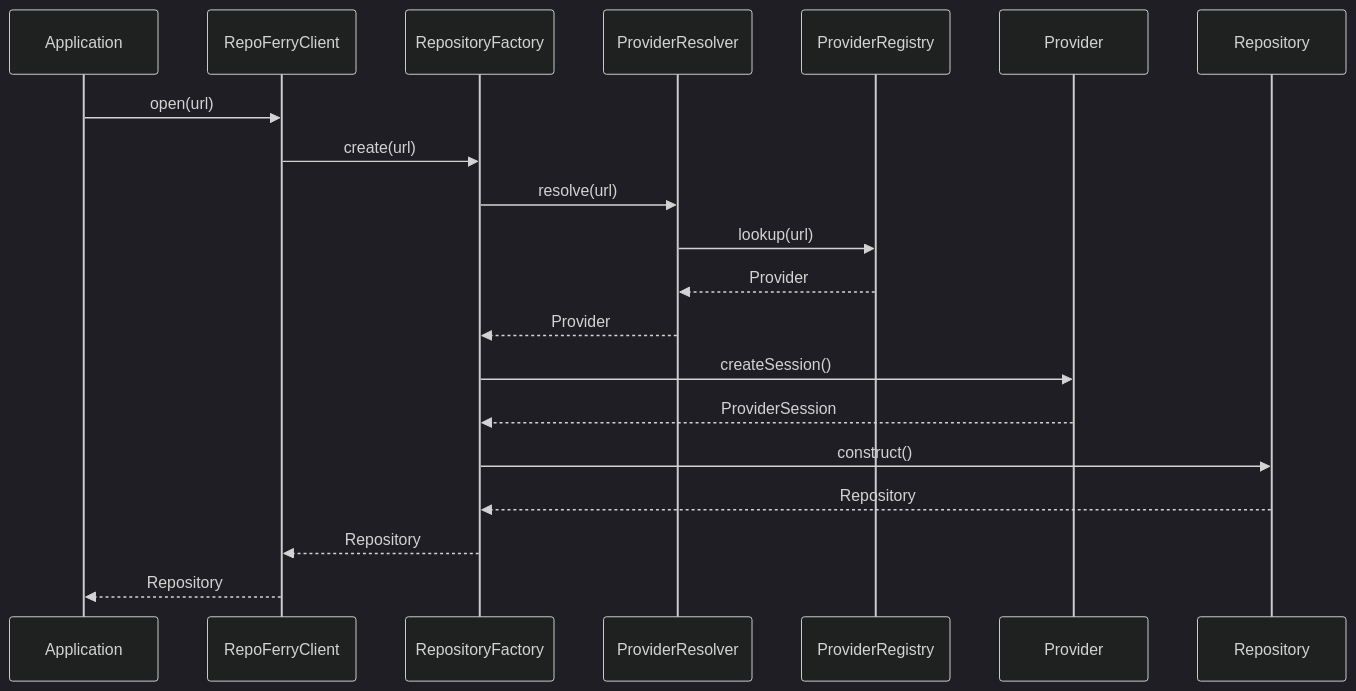
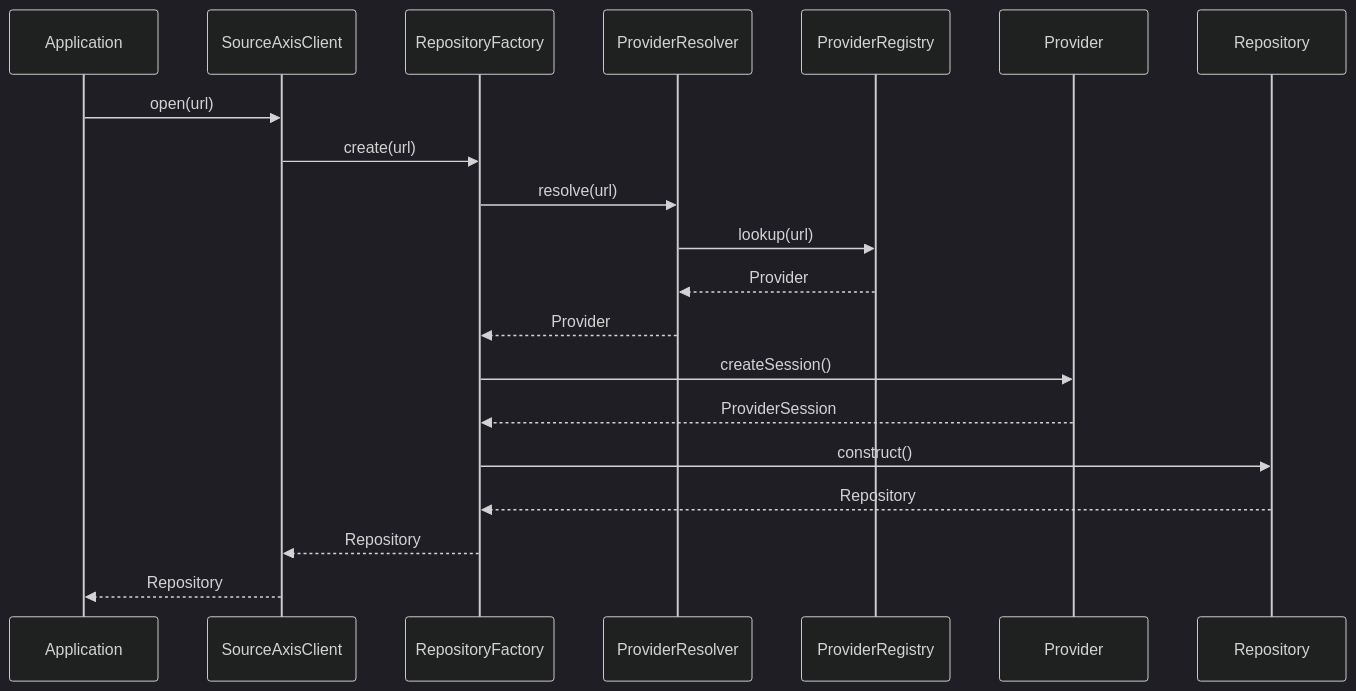
One commit to mriduldey/git-bridge changed the seventh of 10 diagrams in docs/architecture/adr/ADR-004.md. Above: the diagram before and after it, drawn with Mermaid (dark theme). The commit also changed other lines of this file and 118 other files, not shown here.

First line of the commit message:
Release v0.1.0: SourceAxis developer preview (#3)

````diff
--- a/docs/architecture/adr/ADR-004.md
+++ b/docs/architecture/adr/ADR-004.md
@@ -802,27 +802,27 @@
 ```mermaid
 sequenceDiagram
 
-Application->>RepoFerryClient: open(url)
+Application->>SourceAxisClient: open(url)
 
-RepoFerryClient->>RepositoryFactory: create(url)
+SourceAxisClient->>RepositoryFactory: create(url)
 
 RepositoryFactory->>ProviderResolver: resolve(url)
 
 ProviderResolver->>ProviderRegistry: lookup(url)
 
 ProviderRegistry-->>ProviderResolver: Provider
 
 ProviderResolver-->>RepositoryFactory: Provider
 
 RepositoryFactory->>Provider: createSession()
 
 Provider-->>RepositoryFactory: ProviderSession
 
 RepositoryFactory->>Repository: construct()
 
 Repository-->>RepositoryFactory: Repository
 
-RepositoryFactory-->>RepoFerryClient: Repository
+RepositoryFactory-->>SourceAxisClient: Repository
 
-RepoFerryClient-->>Application: Repository
+SourceAxisClient-->>Application: Repository
 ```
````
